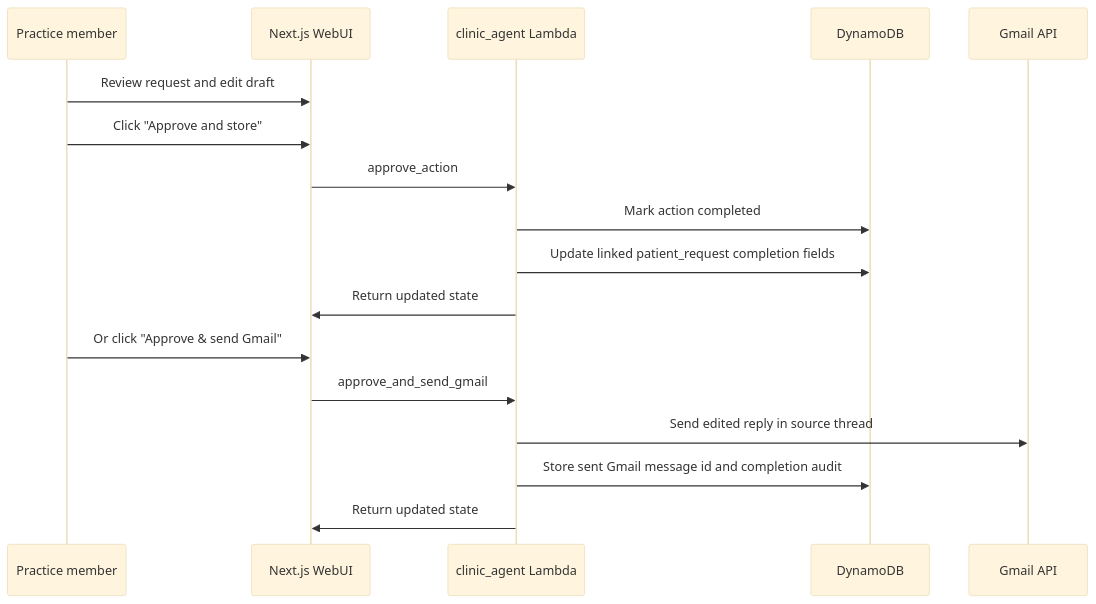
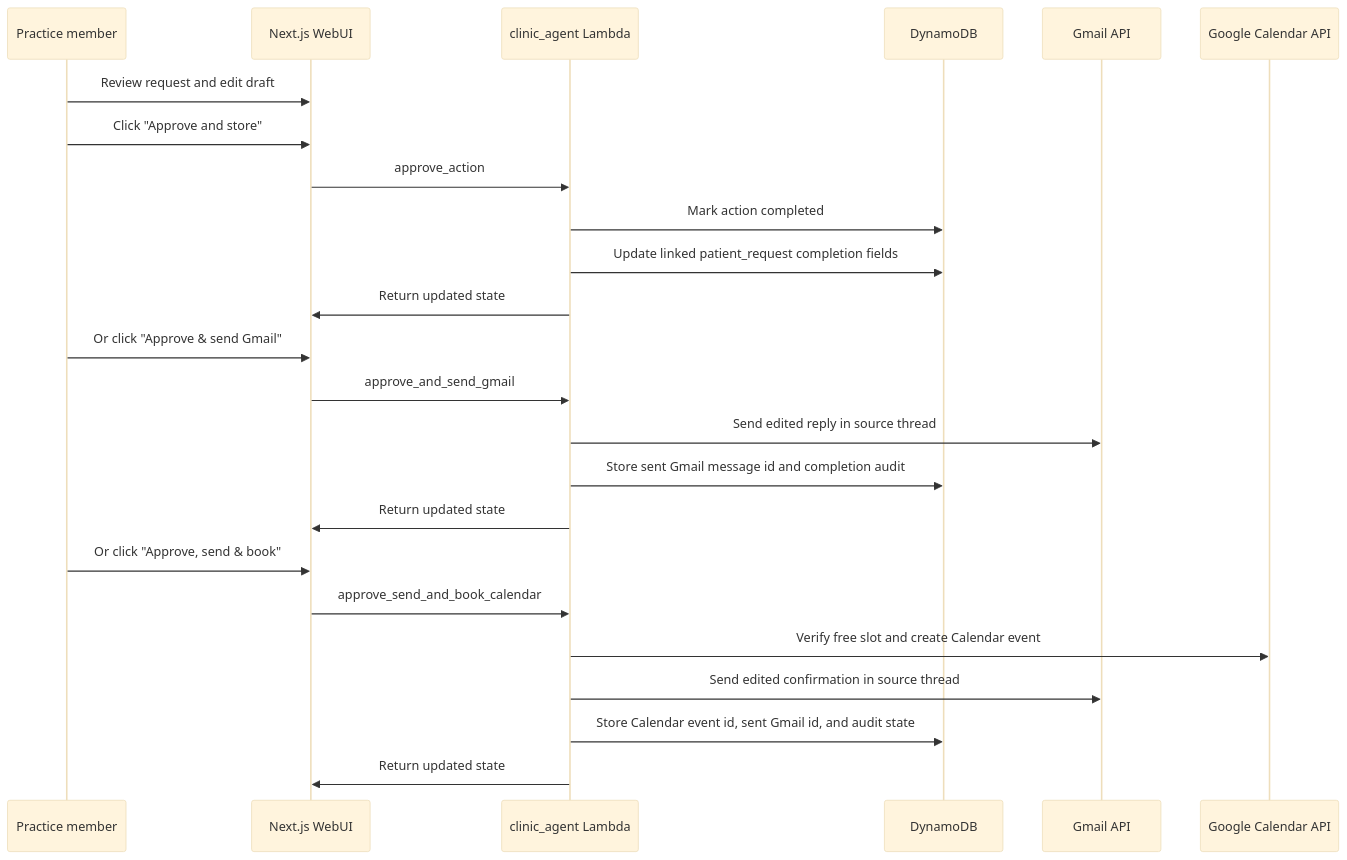
One commit to suhanisho/infiapp changed the fifth of 5 diagrams in docs/high-level-design.md. Above: the diagram before and after it, drawn with Mermaid (base theme). The commit also changed other lines of this file and 13 other files, not shown here.

````diff
--- a/docs/high-level-design.md
+++ b/docs/high-level-design.md
@@ -440,21 +454,29 @@
 ```mermaid
 sequenceDiagram
     participant User as Practice member
     participant Web as Next.js WebUI
     participant Lambda as clinic_agent Lambda
     participant DB as DynamoDB
     participant Gmail as Gmail API
+    participant Calendar as Google Calendar API
 
     User->>Web: Review request and edit draft
     User->>Web: Click "Approve and store"
     Web->>Lambda: approve_action
     Lambda->>DB: Mark action completed
     Lambda->>DB: Update linked patient_request completion fields
     Lambda->>Web: Return updated state
 
     User->>Web: Or click "Approve & send Gmail"
     Web->>Lambda: approve_and_send_gmail
     Lambda->>Gmail: Send edited reply in source thread
     Lambda->>DB: Store sent Gmail message id and completion audit
     Lambda->>Web: Return updated state
+
+    User->>Web: Or click "Approve, send & book"
+    Web->>Lambda: approve_send_and_book_calendar
+    Lambda->>Calendar: Verify free slot and create Calendar event
+    Lambda->>Gmail: Send edited confirmation in source thread
+    Lambda->>DB: Store Calendar event id, sent Gmail id, and audit state
+    Lambda->>Web: Return updated state
 ```
````
